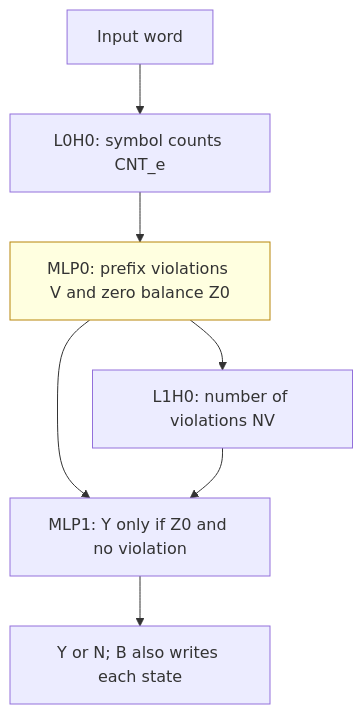
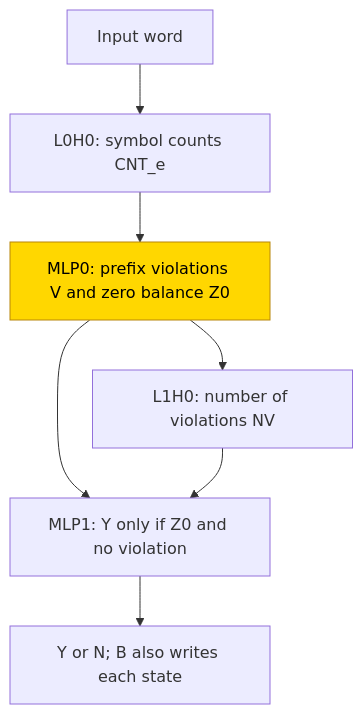
The first of 2 diagrams in entries/counter-languages.md (jc1122/mechanistic-interpretability-circuit-atlas), drawn with Mermaid before and after one commit. The commit also changed other lines of this file and 40 other files, not shown here.

First line of the commit message:
Cold-reader pass on all 41 entries: reading routes, first-screen scopes, accessible diagrams, verified headline sources (ux_reader1/2)

````diff
--- a/entries/counter-languages.md
+++ b/entries/counter-languages.md
@@ -57,11 +59,13 @@
 ```mermaid
 flowchart TD
+    accTitle: Hand-built count and prefix-violation checker
+    accDescr: A count head feeds the prefix-violation and zero-balance MLP; a second head sums violations and the final MLP answers membership. Only the first MLP is trained in PART. The scratchpad format also writes each intermediate state.
   A["Input word"] --> B["L0H0: symbol counts CNT_e"]
   B --> C["MLP0: prefix violations V and zero balance Z0"]
   C --> D["L1H0: number of violations NV"]
   C --> E["MLP1: Y only if Z0 and no violation"]
   D --> E
   E --> F["Y or N; B also writes each state"]
-  classDef trained fill:lightyellow,stroke:darkgoldenrod
+  classDef trained fill:gold,stroke:darkgoldenrod,color:black
   class C trained
 ```
````
